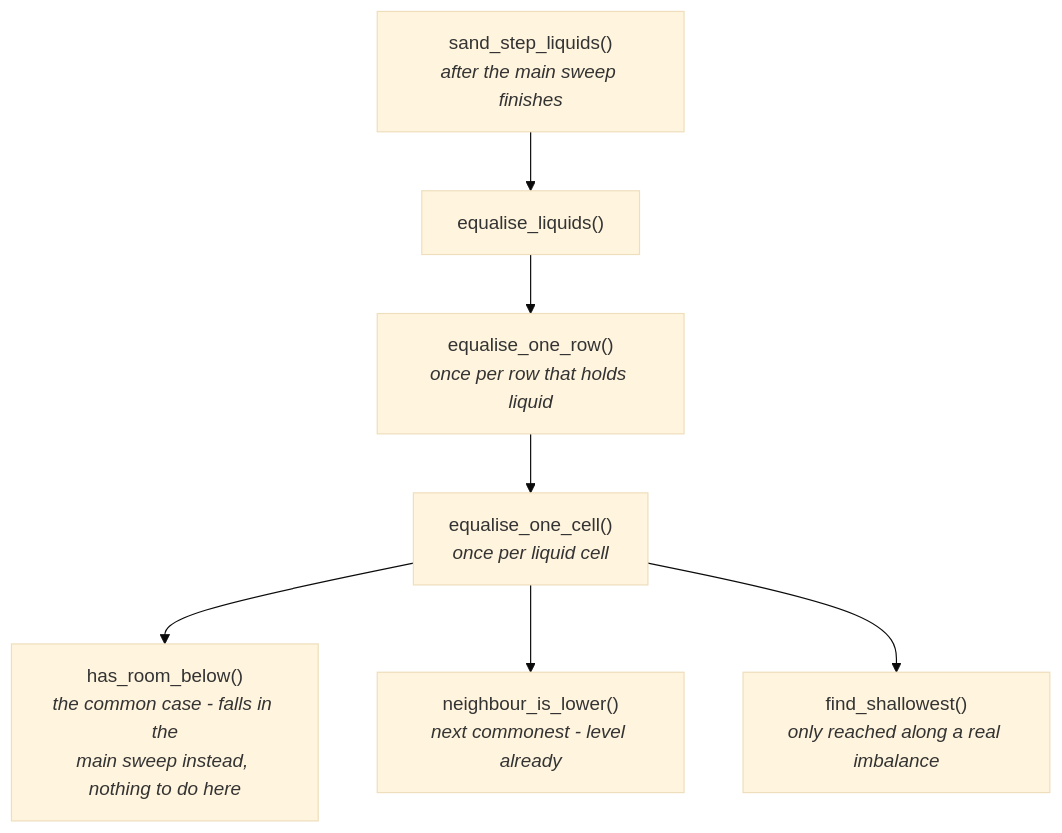
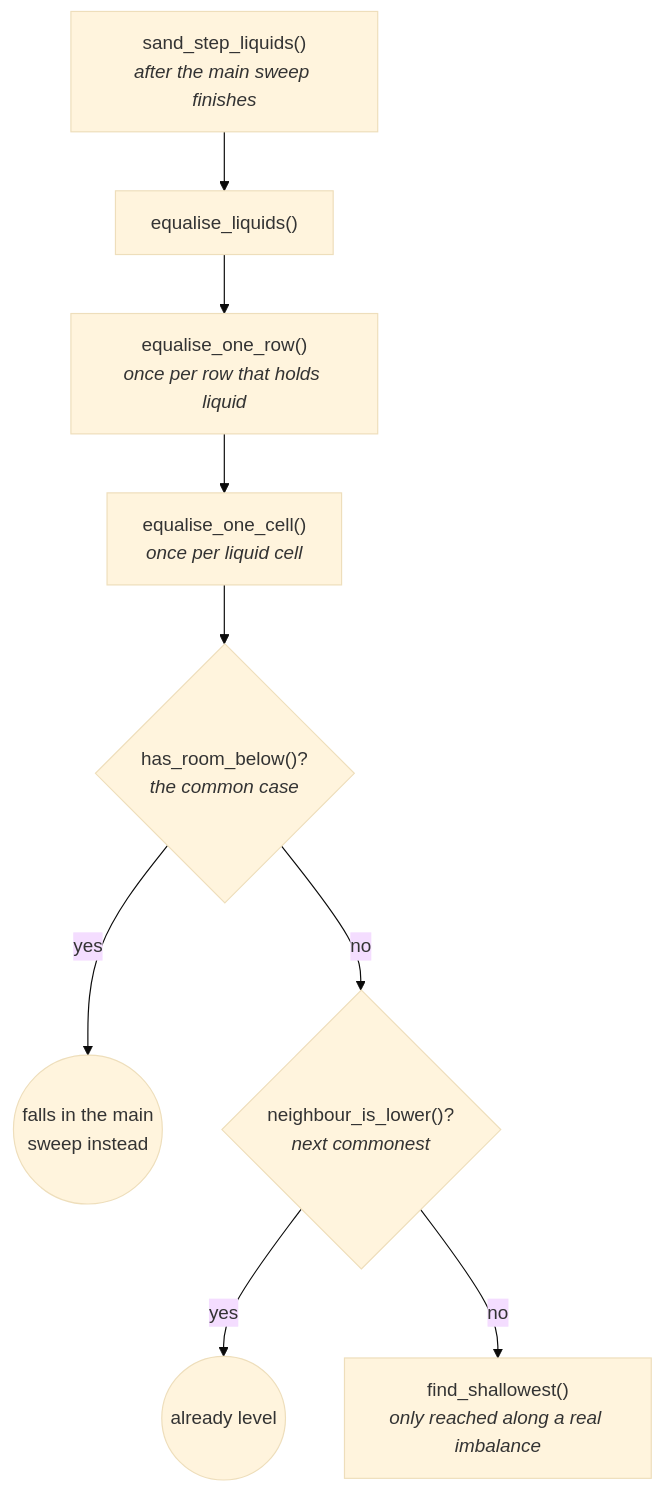
Before and after one commit to jose-villegas/autana: the fourth of 4 diagrams in docs/sand/Sand-Simulation.md, drawn with Mermaid (base theme). The commit also changed other lines of this file and 4 other files, not shown here.

````diff
--- a/docs/sand/Sand-Simulation.md
+++ b/docs/sand/Sand-Simulation.md
@@ -1658,11 +1694,13 @@
 ```mermaid
 flowchart TB
-    LIQSTEP["sand_step_liquids()<br/><i>after the main sweep finishes</i>"] --> EQ["equalise_liquids()"]
+    LIQSTEP2["sand_step_liquids()<br/><i>after the main sweep finishes</i>"] --> EQ["equalise_liquids()"]
 
     EQ --> EROW["equalise_one_row()<br/><i>once per row that holds liquid</i>"]
     EROW --> ECELL["equalise_one_cell()<br/><i>once per liquid cell</i>"]
 
-    ECELL --> ROOM["has_room_below()<br/><i>the common case - falls in the<br/>main sweep instead, nothing to do here</i>"]
-    ECELL --> LOWER["neighbour_is_lower()<br/><i>next commonest - level already</i>"]
-    ECELL --> FIND["find_shallowest()<br/><i>only reached along a real imbalance</i>"]
+    ECELL --> ROOM{"has_room_below()?<br/><i>the common case</i>"}
+    ROOM -->|yes| ROOMDONE(("falls in the main<br/>sweep instead"))
+    ROOM -->|no| LOWER{"neighbour_is_lower()?<br/><i>next commonest</i>"}
+    LOWER -->|yes| LOWERDONE(("already level"))
+    LOWER -->|no| FIND["find_shallowest()<br/><i>only reached along a real imbalance</i>"]
 ```
````
